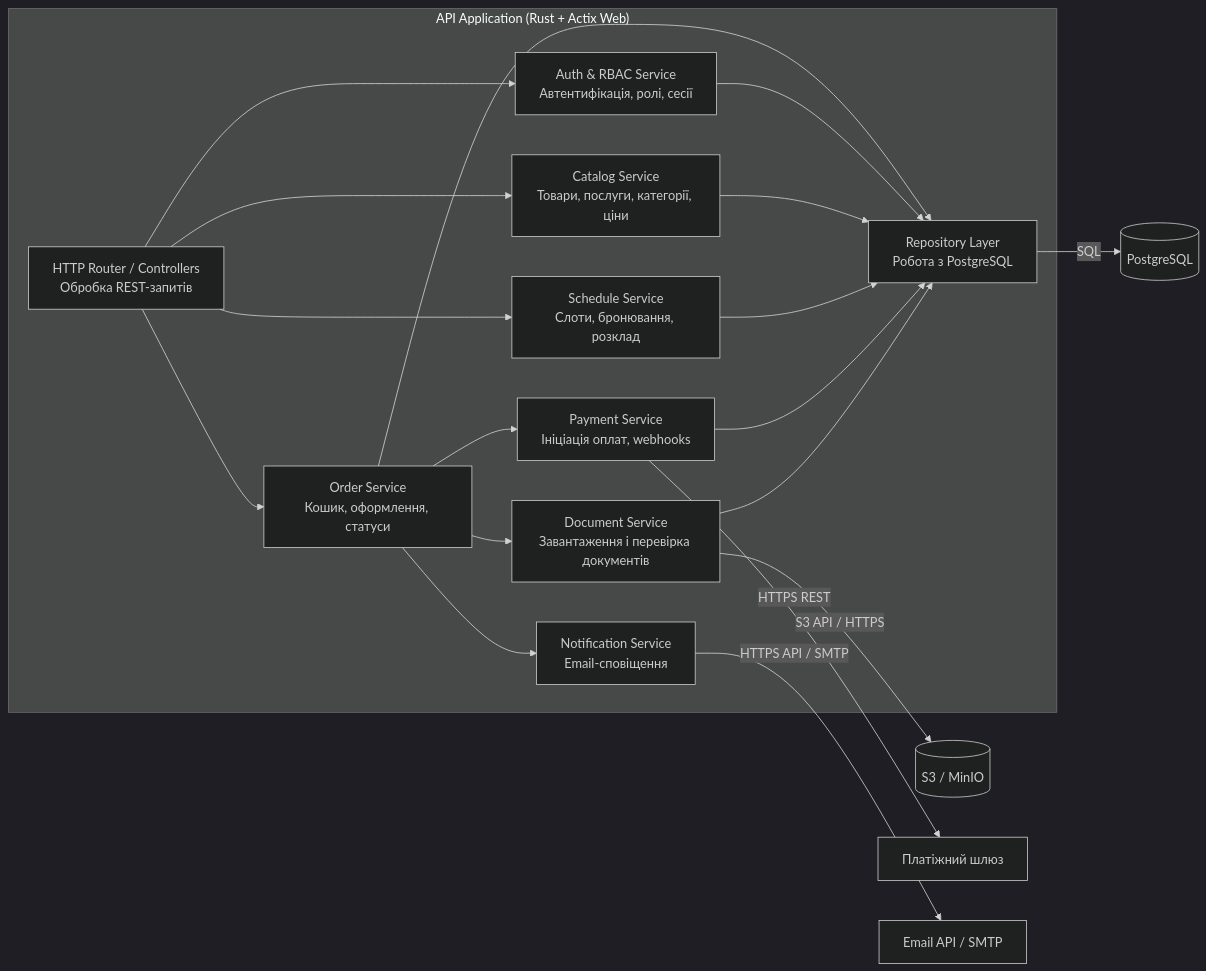
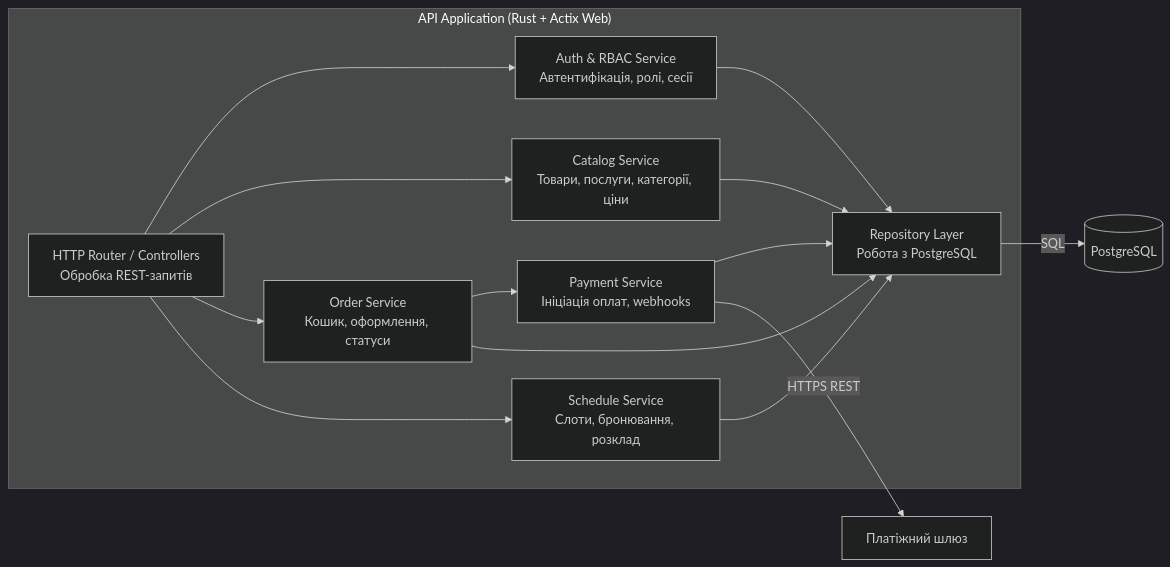
The third of 4 diagrams in server/notes/lab_2.md (FantRS/TRVD_2026_404-TN_Kashper_Labs), drawn with Mermaid (dark theme) before and after one commit. The commit also changed other lines of this file and 21 other files, not shown here.

````diff
--- a/server/notes/lab_2.md
+++ b/server/notes/lab_2.md
@@ -92,40 +86,31 @@
 ```mermaid
 flowchart LR
     subgraph api["API Application (Rust + Actix Web)"]
         router["HTTP Router / Controllers<br/>Обробка REST-запитів"]
         auth["Auth & RBAC Service<br/>Автентифікація, ролі, сесії"]
         catalog["Catalog Service<br/>Товари, послуги, категорії, ціни"]
         orders["Order Service<br/>Кошик, оформлення, статуси"]
         schedule["Schedule Service<br/>Слоти, бронювання, розклад"]
         payments["Payment Service<br/>Ініціація оплат, webhooks"]
-        docs["Document Service<br/>Завантаження і перевірка документів"]
-        notify["Notification Service<br/>Email-сповіщення"]
         repos["Repository Layer<br/>Робота з PostgreSQL"]
     end
 
     db[("PostgreSQL")]
-    storage[("S3 / MinIO")]
     payment["Платіжний шлюз"]
-    mail["Email API / SMTP"]
 
     router --> auth
     router --> catalog
     router --> orders
     router --> schedule
 
     orders --> payments
-    orders --> docs
-    orders --> notify
     orders --> repos
 
     auth --> repos
     catalog --> repos
     schedule --> repos
     payments --> repos
-    docs --> repos
 
     payments -->|HTTPS REST| payment
-    docs -->|S3 API / HTTPS| storage
-    notify -->|HTTPS API / SMTP| mail
     repos -->|SQL| db
 ```
````
